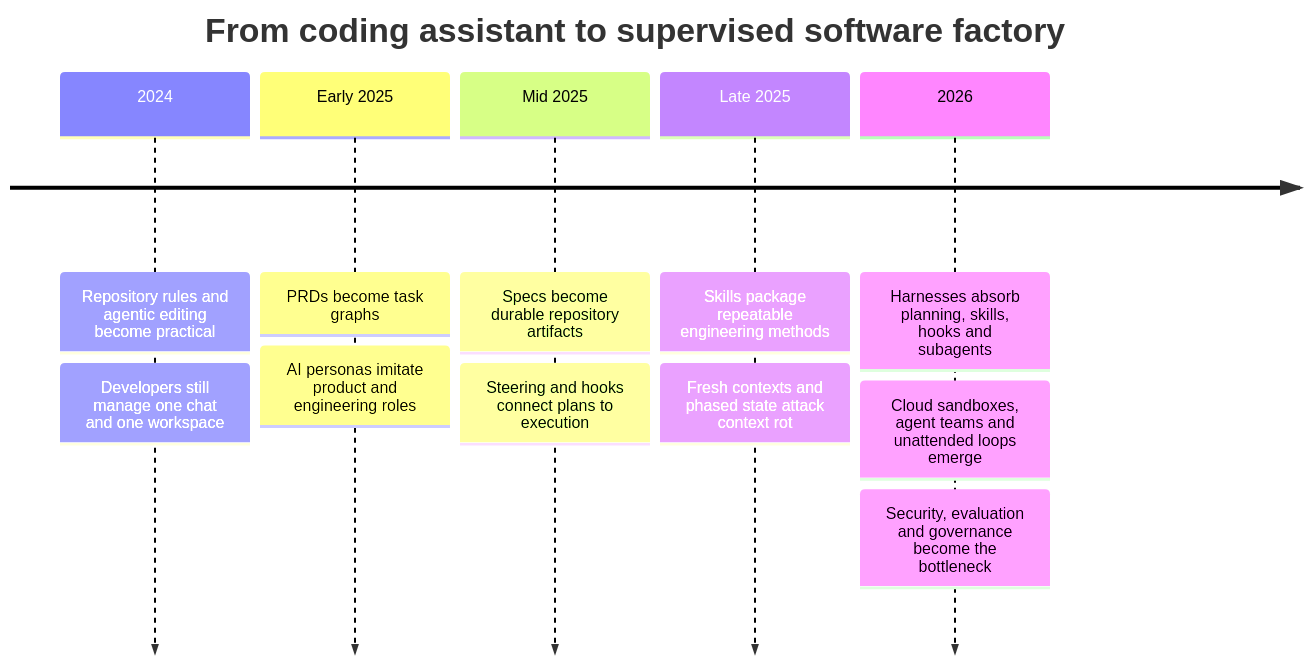
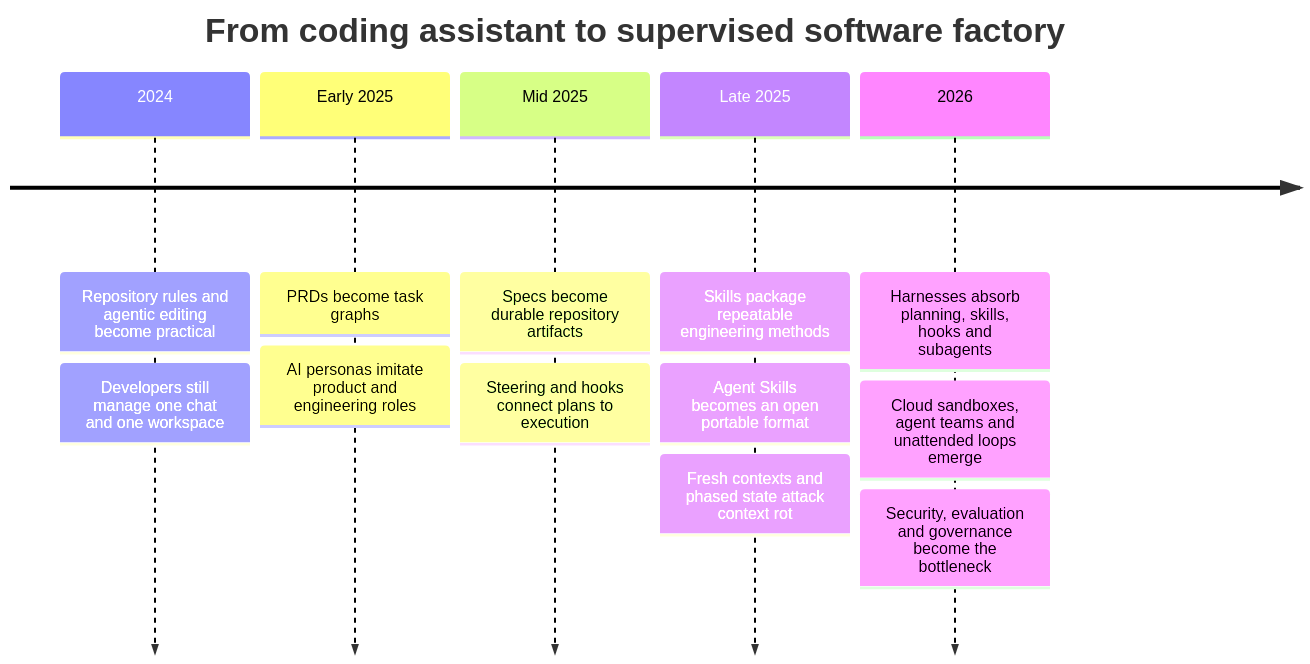
The second of 8 diagrams in AI-ML/Agents/development/AI-Coding-Methodologies-and-Tooling-2026.md (rsrini7/Learnings), drawn with Mermaid before and after one commit. The commit also changed other lines of this file and 3 other files, not shown here.

First line of the commit message:
docs: add 2026 agent skills ecosystem guide and assets

````diff
--- a/AI-ML/Agents/development/AI-Coding-Methodologies-and-Tooling-2026.md
+++ b/AI-ML/Agents/development/AI-Coding-Methodologies-and-Tooling-2026.md
@@ -97,15 +100,16 @@
 ```mermaid
 timeline
     title From coding assistant to supervised software factory
     2024 : Repository rules and agentic editing become practical
          : Developers still manage one chat and one workspace
     Early 2025 : PRDs become task graphs
                : AI personas imitate product and engineering roles
     Mid 2025 : Specs become durable repository artifacts
              : Steering and hooks connect plans to execution
     Late 2025 : Skills package repeatable engineering methods
+              : Agent Skills becomes an open portable format
               : Fresh contexts and phased state attack context rot
     2026 : Harnesses absorb planning, skills, hooks and subagents
          : Cloud sandboxes, agent teams and unattended loops emerge
          : Security, evaluation and governance become the bottleneck
 ```
````
